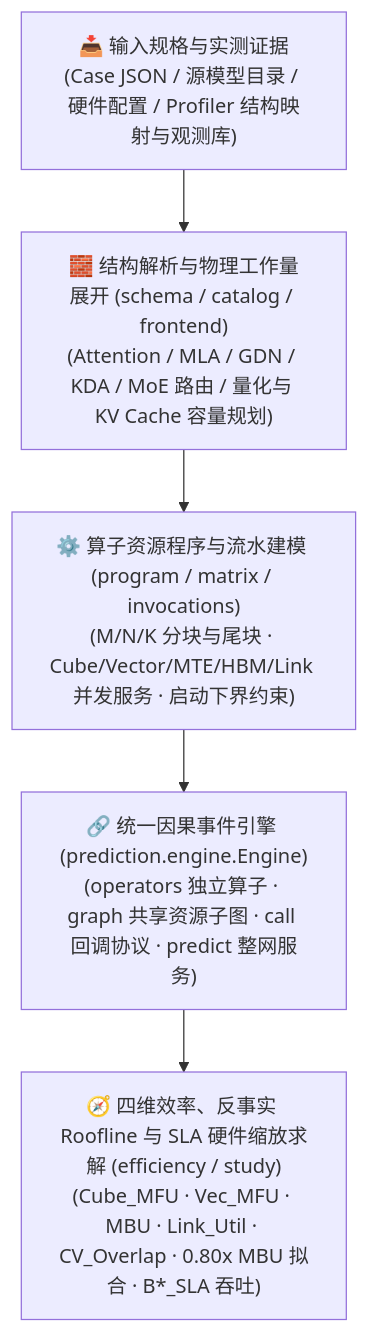
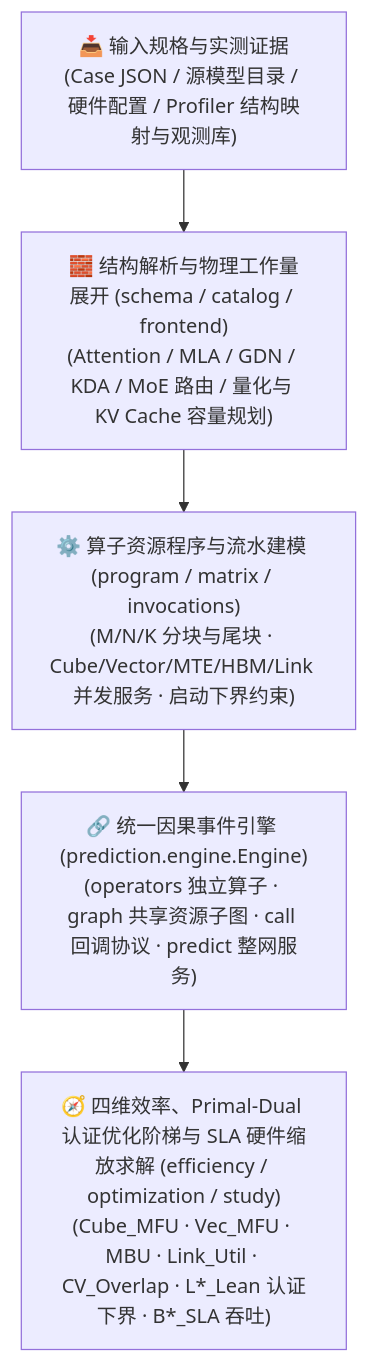
One commit to mindie-agent/sim changed the diagram in README.md. Above: the diagram before and after it, drawn with Mermaid. The commit also changed other lines of this file and 35 other files, not shown here.

````diff
--- a/README.md
+++ b/README.md
@@ -34,10 +34,10 @@
 ```mermaid
 flowchart TB
     Input["📥 输入规格与实测证据<br/>(Case JSON / 源模型目录 / 硬件配置 / Profiler 结构映射与观测库)"]
     Frontend["🧱 结构解析与物理工作量展开 (schema / catalog / frontend)<br/>(Attention / MLA / GDN / KDA / MoE 路由 / 量化与 KV Cache 容量规划)"]
     Program["⚙️ 算子资源程序与流水建模 (program / matrix / invocations)<br/>(M/N/K 分块与尾块 · Cube/Vector/MTE/HBM/Link 并发服务 · 启动下界约束)"]
     Engine["🔗 统一因果事件引擎 (prediction.engine.Engine)<br/>(operators 独立算子 · graph 共享资源子图 · call 回调协议 · predict 整网服务)"]
-    Analysis["🧭 四维效率、反事实 Roofline 与 SLA 硬件缩放求解 (efficiency / study)<br/>(Cube_MFU · Vec_MFU · MBU · Link_Util · CV_Overlap · 0.80x MBU 拟合 · B*_SLA 吞吐)"]
+    Analysis["🧭 四维效率、Primal-Dual 认证优化阶梯与 SLA 硬件缩放求解 (efficiency / optimization / study)<br/>(Cube_MFU · Vec_MFU · MBU · Link_Util · CV_Overlap · L*_Lean 认证下界 · B*_SLA 吞吐)"]
 
     Input --> Frontend --> Program --> Engine --> Analysis
 ```
````
